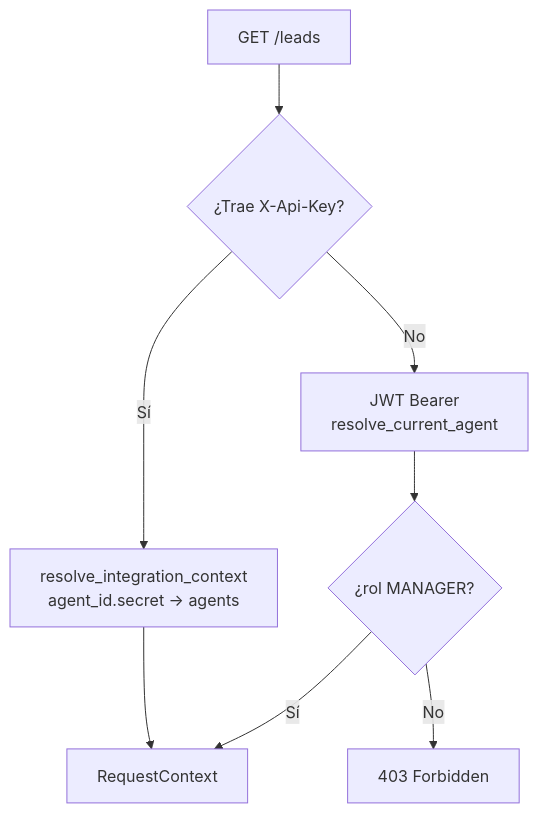
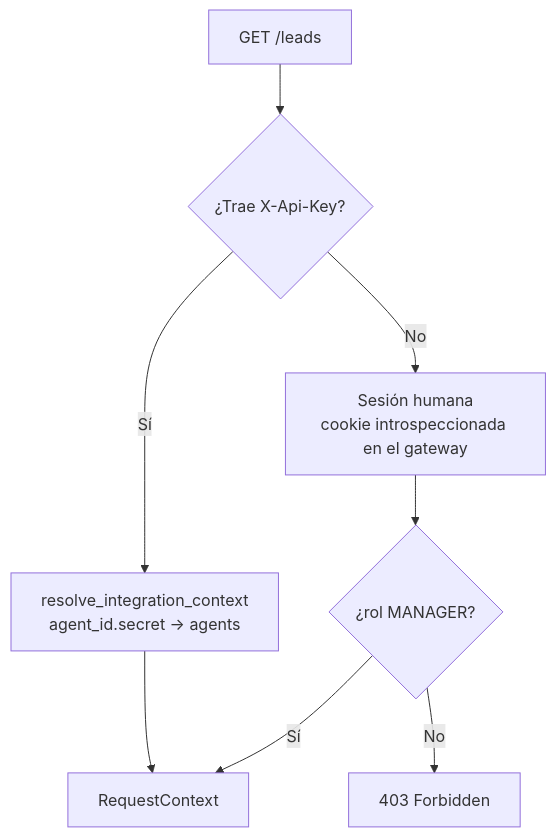
The second of 2 diagrams in docs/content/eventos/autenticacion.md (MDCIrony/leads-hexa), drawn with Mermaid before and after one commit. The commit also changed other lines of this file and 13 other files, not shown here.

````diff
--- a/docs/content/eventos/autenticacion.md
+++ b/docs/content/eventos/autenticacion.md
@@ -89,10 +89,10 @@
 ```mermaid
 flowchart TB
     Req["GET /leads"] --> Check{"¿Trae X-Api-Key?"}
     Check -->|"Sí"| Api["resolve_integration_context<br/>agent_id.secret → agents"]
-    Check -->|"No"| Jwt["JWT Bearer<br/>resolve_current_agent"]
+    Check -->|"No"| Jwt["Sesión humana<br/>cookie introspeccionada en el gateway"]
     Api --> Ctx["RequestContext"]
     Jwt --> Manager{"¿rol MANAGER?"}
     Manager -->|"Sí"| Ctx
     Manager -->|"No"| F403["403 Forbidden"]
 ```
````
